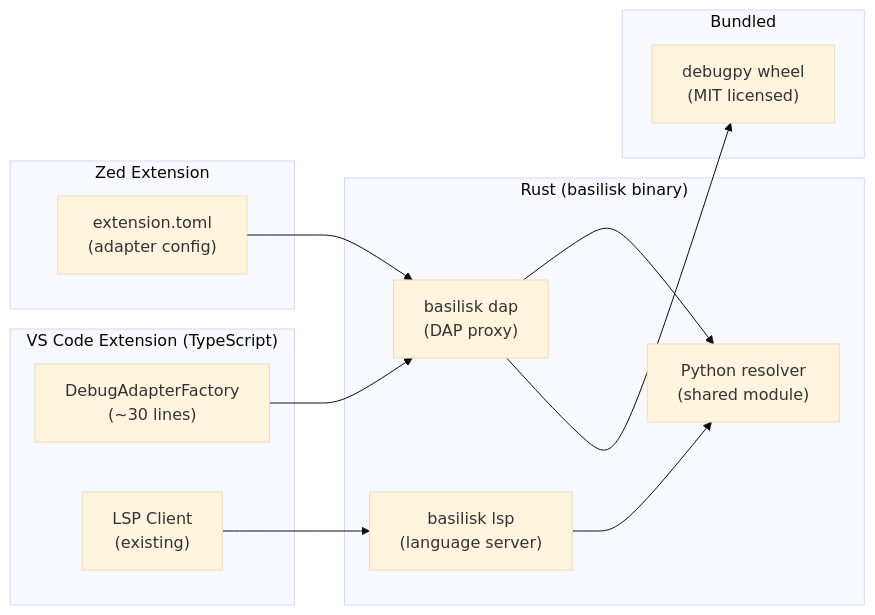
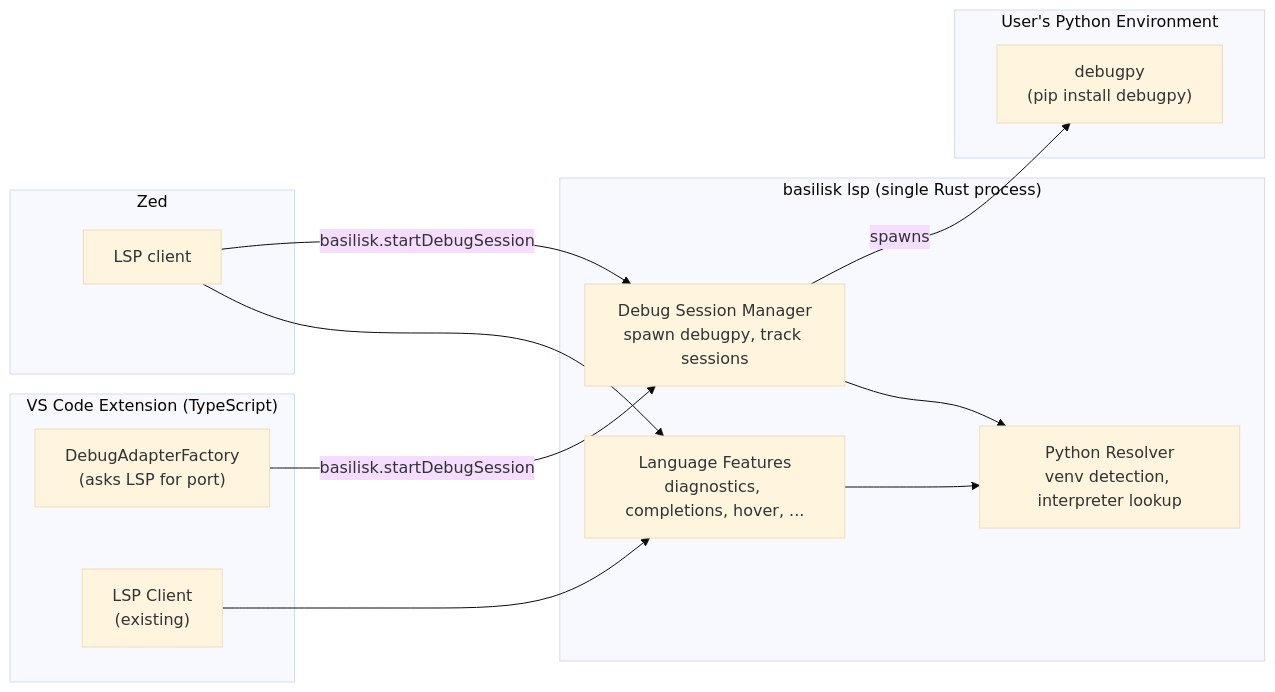
Before and after one commit to Nimblesite/Basilisk: the fourth of 4 diagrams in docs/basilisk-debug-integration.md, drawn with Mermaid (base theme). The commit also changed other lines of this file, not shown here.

````diff
--- a/docs/basilisk-debug-integration.md
+++ b/docs/basilisk-debug-integration.md
@@ -470,28 +455,29 @@
 ```mermaid
 graph LR
-    subgraph "Rust (basilisk binary)"
-        DAP["basilisk dap<br/>(DAP proxy)"]
-        LSP["basilisk lsp<br/>(language server)"]
-        PYRES["Python resolver<br/>(shared module)"]
+    subgraph "basilisk lsp (single Rust process)"
+        LANG[Language Features<br/>diagnostics, completions, hover, ...]
+        DEBUG[Debug Session Manager<br/>spawn debugpy, track sessions]
+        PYRES[Python Resolver<br/>venv detection, interpreter lookup]
     end
 
     subgraph "VS Code Extension (TypeScript)"
-        FACTORY["DebugAdapterFactory<br/>(~30 lines)"]
+        FACTORY["DebugAdapterFactory<br/>(asks LSP for port)"]
         LSPCLIENT["LSP Client<br/>(existing)"]
     end
 
-    subgraph "Zed Extension"
-        TOML["extension.toml<br/>(adapter config)"]
+    subgraph "Zed"
+        ZED_LSP["LSP client"]
     end
 
-    subgraph "Bundled"
-        DEBUGPY["debugpy wheel<br/>(MIT licensed)"]
+    subgraph "User's Python Environment"
+        DEBUGPY["debugpy<br/>(pip install debugpy)"]
     end
 
-    FACTORY --> DAP
-    TOML --> DAP
-    LSPCLIENT --> LSP
-    DAP --> PYRES
-    LSP --> PYRES
-    DAP --> DEBUGPY
+    LSPCLIENT --> LANG
+    FACTORY -->|"basilisk.startDebugSession"| DEBUG
+    ZED_LSP --> LANG
+    ZED_LSP -->|"basilisk.startDebugSession"| DEBUG
+    DEBUG --> PYRES
+    LANG --> PYRES
+    DEBUG -->|"spawns"| DEBUGPY
 ```
````
